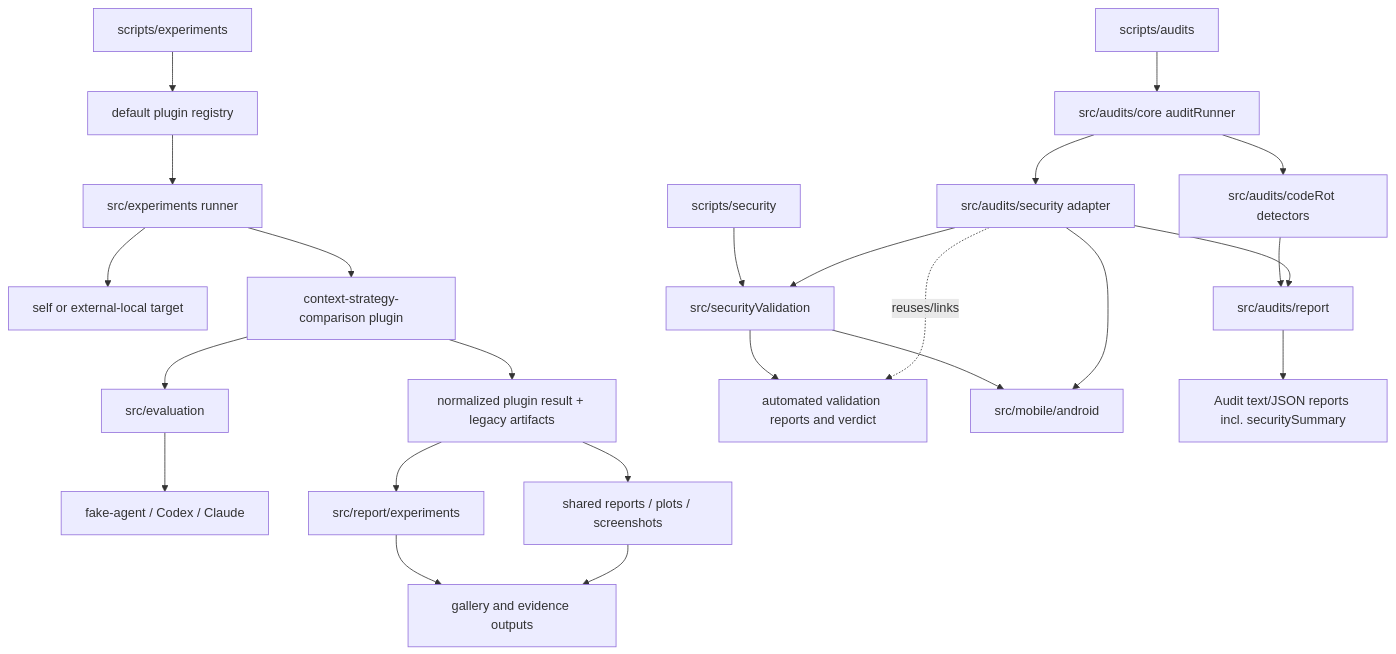
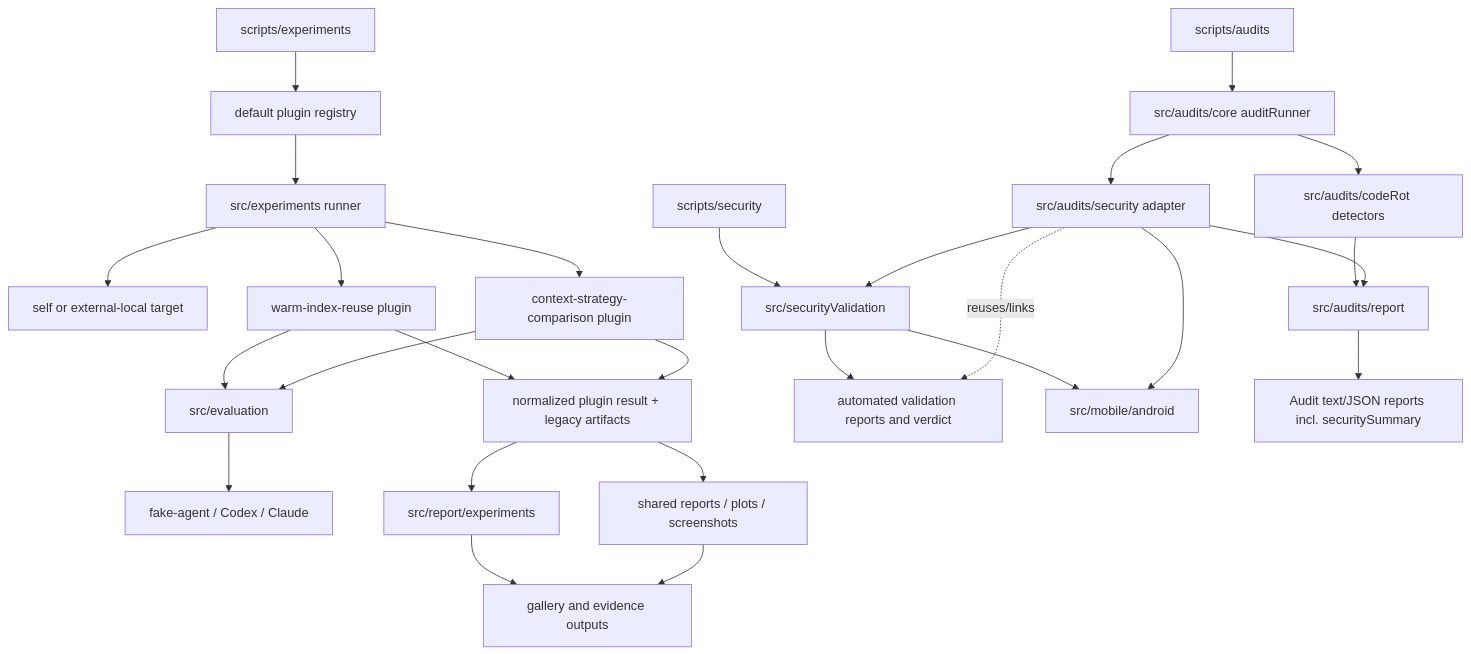
One commit to dailephd/my-dev-kit-lab changed the first of 8 diagrams in docs/ARCHITECTURE.md. Above: the diagram before and after it, drawn with Mermaid. The commit also changed other lines of this file and 14 other files, not shown here.

First line of the commit message:
docs: reconcile v0.5.0 warm-index implementation

````diff
--- a/docs/ARCHITECTURE.md
+++ b/docs/ARCHITECTURE.md
@@ -74,28 +75,31 @@
 ```mermaid
 flowchart TD
   CLI[scripts/experiments] --> Registry[default plugin registry]
   Registry --> Runner[src/experiments runner]
   Runner --> Target[self or external-local target]
   Runner --> Plugin[context-strategy-comparison plugin]
+  Runner --> WarmPlugin[warm-index-reuse plugin]
+  WarmPlugin --> Evaluation
+  WarmPlugin --> Results
   Plugin --> Evaluation[src/evaluation]
   Evaluation --> Agents[fake-agent / Codex / Claude]
   Plugin --> Results[normalized plugin result + legacy artifacts]
   Results --> PluginReports[src/report/experiments]
   Results --> SharedReports[shared reports / plots / screenshots]
   PluginReports --> Gallery[gallery and evidence outputs]
   SharedReports --> Gallery
 
   SecurityCLI[scripts/security] --> Security[src/securityValidation]
   Security --> SecurityReports[automated validation reports and verdict]
   Security --> Android[src/mobile/android]
 
   AuditCLI[scripts/audits] --> AuditRunner[src/audits/core auditRunner]
   AuditRunner --> CodeRotDetectors[src/audits/codeRot detectors]
   AuditRunner --> SecurityAdapter[src/audits/security adapter]
   SecurityAdapter --> Security
   SecurityAdapter --> Android
   CodeRotDetectors --> AuditReportModel[src/audits/report]
   SecurityAdapter --> AuditReportModel
   AuditReportModel --> AuditReports[Audit text/JSON reports incl. securitySummary]
   SecurityAdapter -.reuses/links.-> SecurityReports
 ```
````
